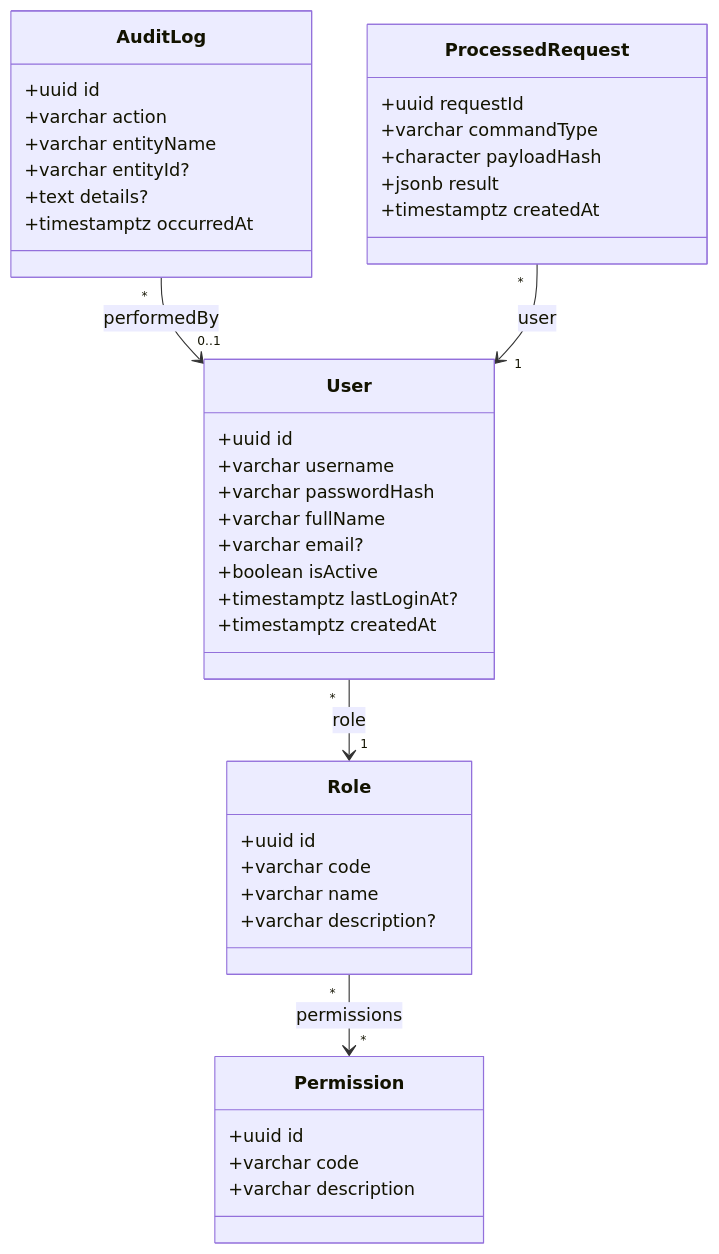
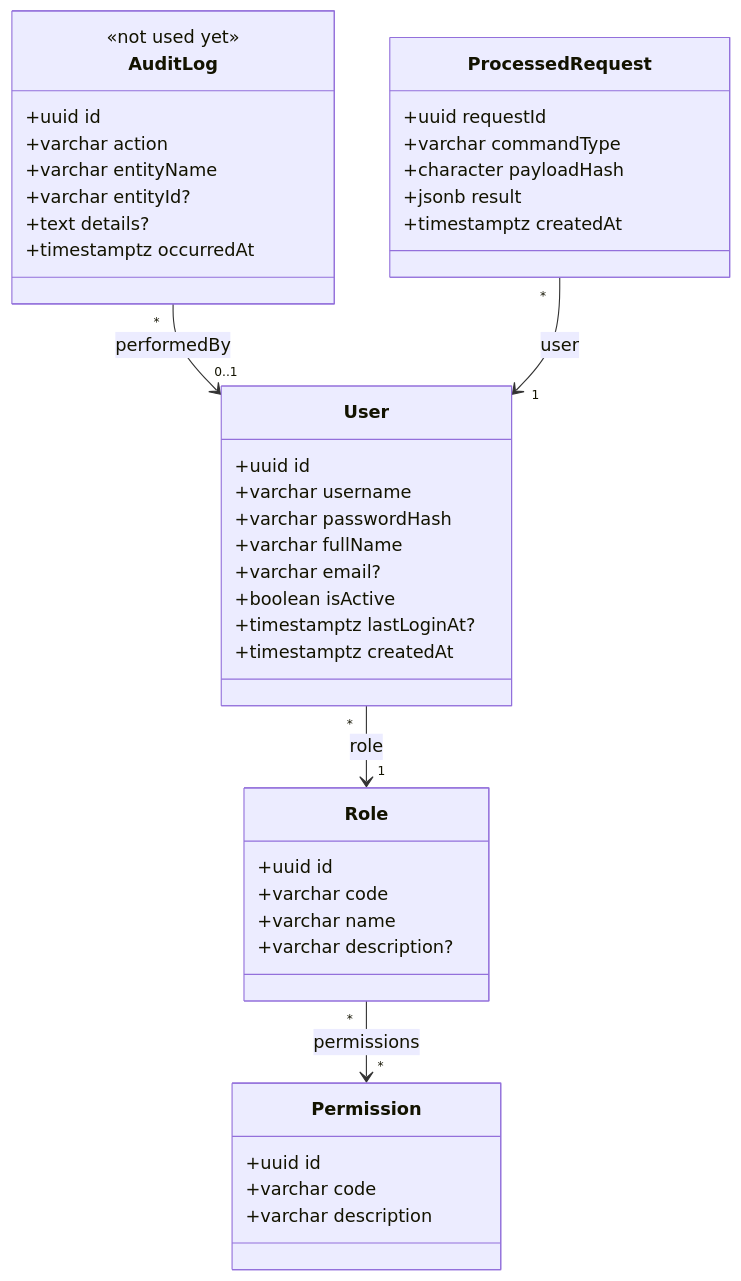
One commit to NeitLN/261_72ITSE41704_2474802010391_PharmacyStock changed the sixth of 10 diagrams in docs/diagrams/class-diagram.md. Above: the diagram before and after it, drawn with Mermaid. The commit also changed other lines of this file and 3 other files, not shown here.

First line of the commit message:
Regenerate the class diagram, ERD and data dictionary from the code; mark unused classes (#71)

````diff
--- a/docs/diagrams/class-diagram.md
+++ b/docs/diagrams/class-diagram.md
@@ -338,43 +343,44 @@
 ```mermaid
 classDiagram
     class User {
         +uuid id
         +varchar username
         +varchar passwordHash
         +varchar fullName
         +varchar email?
         +boolean isActive
         +timestamptz lastLoginAt?
         +timestamptz createdAt
     }
     class Role {
         +uuid id
         +varchar code
         +varchar name
         +varchar description?
     }
     class Permission {
         +uuid id
         +varchar code
         +varchar description
     }
     class AuditLog {
+        <<not used yet>>
         +uuid id
         +varchar action
         +varchar entityName
         +varchar entityId?
         +text details?
         +timestamptz occurredAt
     }
     class ProcessedRequest {
         +uuid requestId
         +varchar commandType
         +character payloadHash
         +jsonb result
         +timestamptz createdAt
     }
     User "*" --> "1" Role : role
     Role "*" --> "*" Permission : permissions
     AuditLog "*" --> "0..1" User : performedBy
     ProcessedRequest "*" --> "1" User : user
 ```
````
